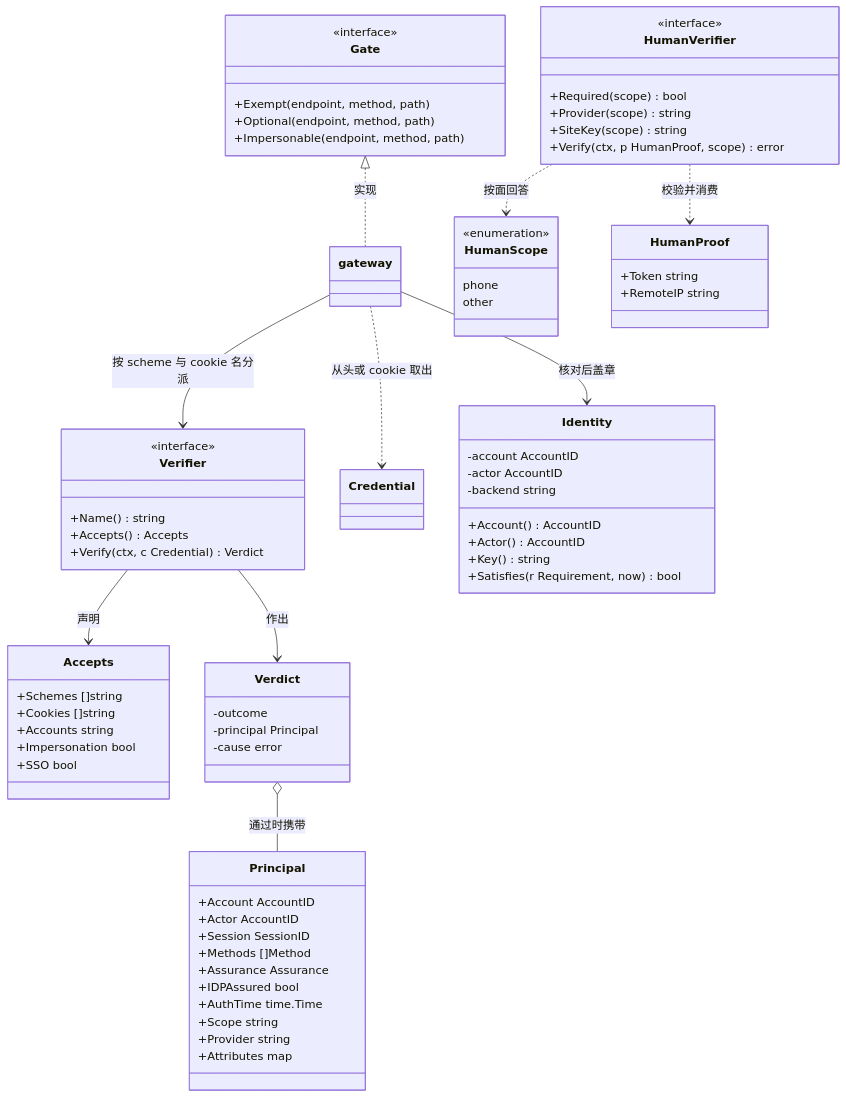
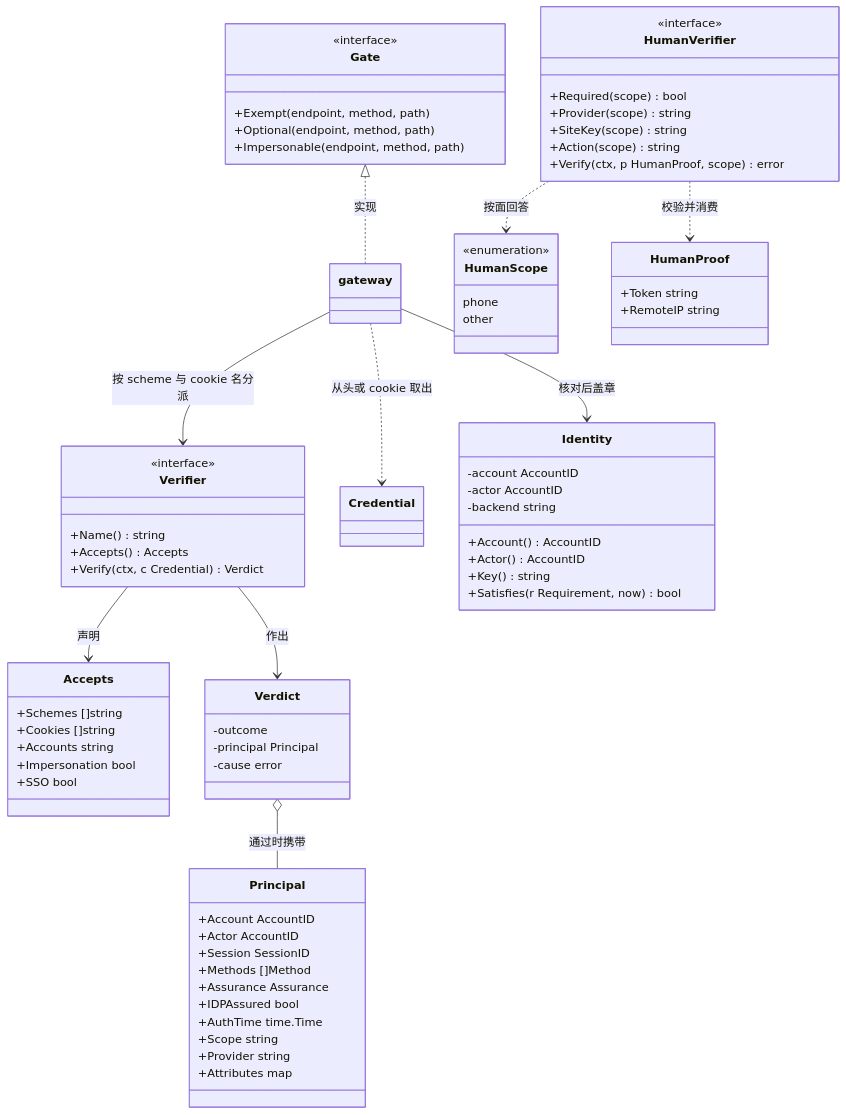
The first of 3 diagrams in docs/design/modules/authn/design-authn.md (wangzw/speed), drawn with Mermaid before and after one commit. The commit also changed other lines of this file and 132 other files, not shown here.

````diff
--- a/docs/design/modules/authn/design-authn.md
+++ b/docs/design/modules/authn/design-authn.md
@@ -364,75 +364,76 @@
 ```mermaid
 classDiagram
     class Gate {
         <<interface>>
         +Exempt(endpoint, method, path)
         +Optional(endpoint, method, path)
         +Impersonable(endpoint, method, path)
     }
     class Verifier {
         <<interface>>
         +Name() string
         +Accepts() Accepts
         +Verify(ctx, c Credential) Verdict
     }
     class Accepts {
         +Schemes []string
         +Cookies []string
         +Accounts string
         +Impersonation bool
         +SSO bool
     }
     class Credential
     class Verdict {
         -outcome
         -principal Principal
         -cause error
     }
     class Principal {
         +Account AccountID
         +Actor AccountID
         +Session SessionID
         +Methods []Method
         +Assurance Assurance
         +IDPAssured bool
         +AuthTime time.Time
         +Scope string
         +Provider string
         +Attributes map
     }
     class Identity {
         -account AccountID
         -actor AccountID
         -backend string
         +Account() AccountID
         +Actor() AccountID
         +Key() string
         +Satisfies(r Requirement, now) bool
     }
     class gateway
     class HumanVerifier {
         <<interface>>
         +Required(scope) bool
         +Provider(scope) string
         +SiteKey(scope) string
+        +Action(scope) string
         +Verify(ctx, p HumanProof, scope) error
     }
     class HumanScope {
         <<enumeration>>
         phone
         other
     }
     class HumanProof {
         +Token string
         +RemoteIP string
     }
     HumanVerifier ..> HumanScope : 按面回答
     Gate <|.. gateway : 实现
     Verifier --> Accepts : 声明
     Verifier --> Verdict : 作出
     Verdict o-- Principal : 通过时携带
     gateway --> Verifier : 按 scheme 与 cookie 名分派
     gateway ..> Credential : 从头或 cookie 取出
     gateway --> Identity : 核对后盖章
     HumanVerifier ..> HumanProof : 校验并消费
 ```
````
